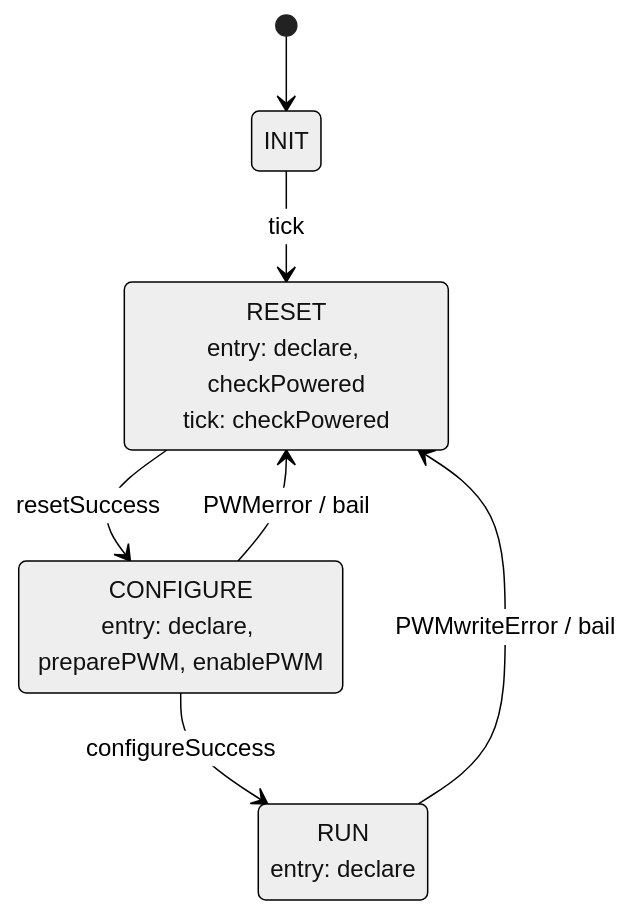
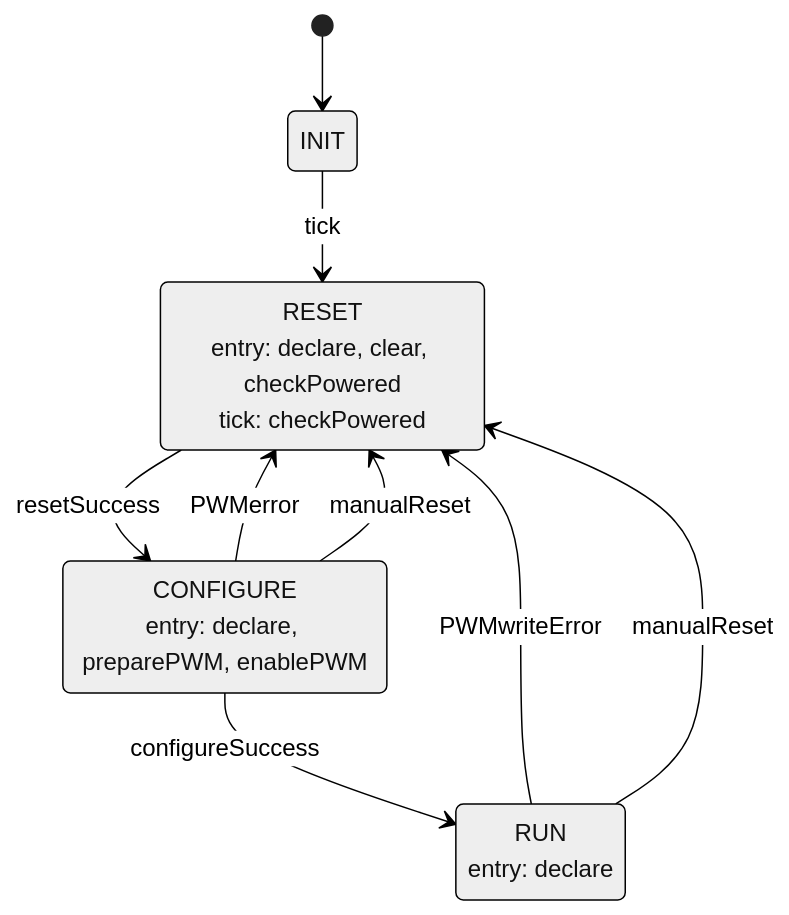
The diagram in docs/Thermal/HeaterManager.md (UWCubeSat/hs2-software-design), drawn with Mermaid (neutral theme) before and after one commit. The commit also changed other lines of this file, not shown here.

````diff
--- a/docs/Thermal/HeaterManager.md
+++ b/docs/Thermal/HeaterManager.md
@@ -42,22 +50,24 @@
 ```mermaid
 stateDiagram-v2
   state "RESET
-    entry: declare, checkPowered
+    entry: declare, clear, checkPowered
     tick: checkPowered
   " as RESET
 
   state "CONFIGURE
     entry: declare, preparePWM, enablePWM
   " as CONFIGURE
 
   state "RUN
     entry: declare
   " as RUN
 
   [*] --> INIT
   INIT --> RESET: tick
   RESET --> CONFIGURE: resetSuccess
   CONFIGURE --> RUN: configureSuccess
-  CONFIGURE --> RESET: PWMerror / bail
-  RUN --> RESET: PWMwriteError / bail
+  CONFIGURE --> RESET: PWMerror
+  CONFIGURE --> RESET: manualReset
+  RUN --> RESET: PWMwriteError
+  RUN --> RESET: manualReset
 ```
````
